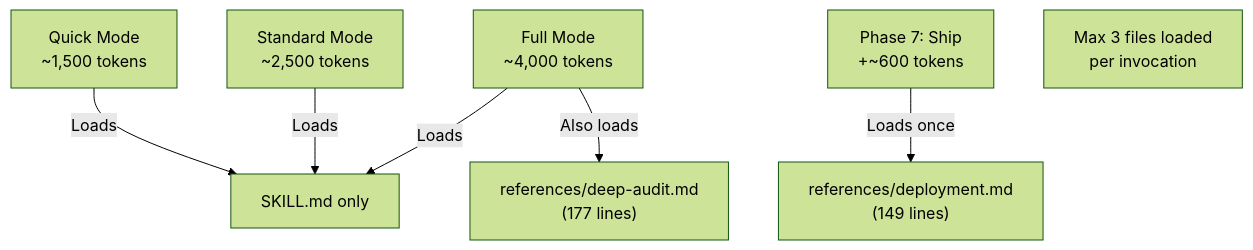
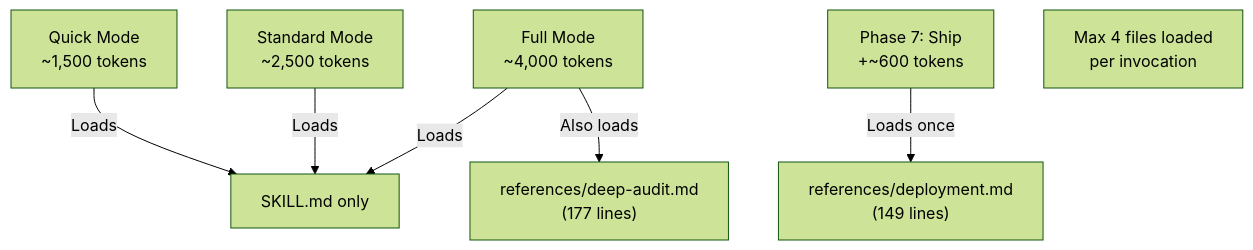
The tenth of 10 diagrams in GUIDANCE.md (mrqureshi95/sdlc-autopilot), drawn with Mermaid (forest theme) before and after one commit. The commit also changed other lines of this file and 44 other files, not shown here.

````diff
--- a/GUIDANCE.md
+++ b/GUIDANCE.md
@@ -317,11 +317,11 @@
 ```mermaid
 flowchart TD
     Q["Quick Mode<br/>~1,500 tokens"] -->|"Loads"| S1["SKILL.md only"]
     ST["Standard Mode<br/>~2,500 tokens"] -->|"Loads"| S1
     F["Full Mode<br/>~4,000 tokens"] -->|"Loads"| S1
     F -->|"Also loads"| DA["references/deep-audit.md<br/>(177 lines)"]
 
     SHIP["Phase 7: Ship<br/>+~600 tokens"] -->|"Loads once"| DEP["references/deployment.md<br/>(149 lines)"]
 
-    RULE["Max 3 files loaded<br/>per invocation"]
+    RULE["Max 4 files loaded<br/>per invocation"]
 ```
````
